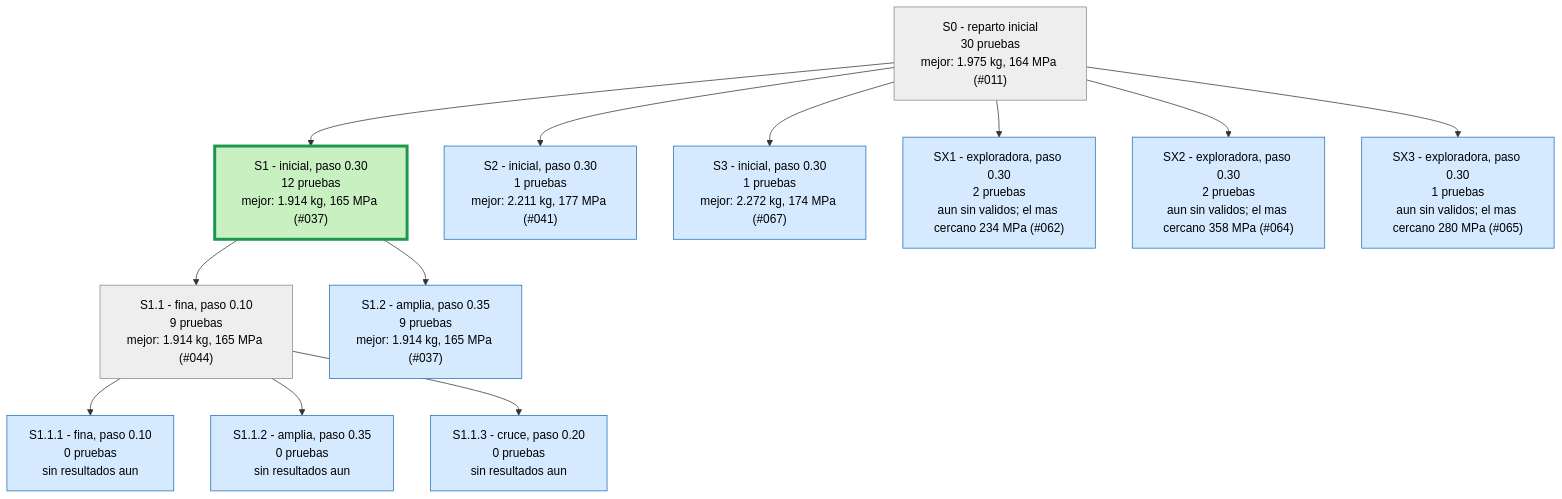
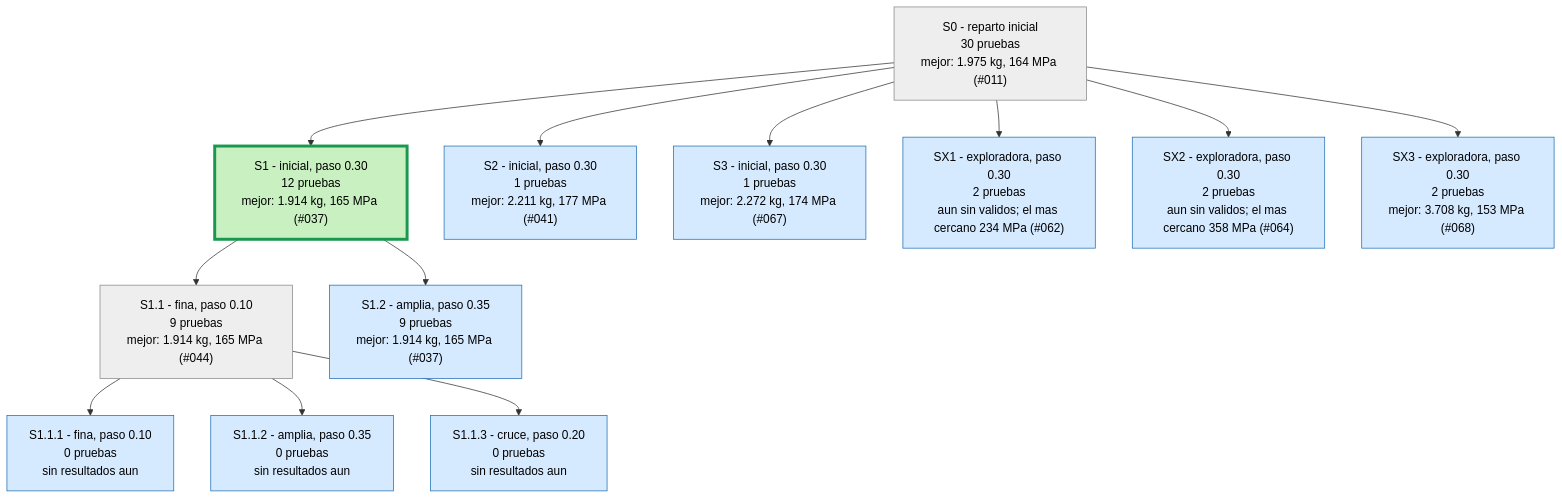
The first of 4 diagrams in runs/opt_37800N/ARBOL.md (Hugiko/msd-soporte-optimizacion), drawn with Mermaid before and after one commit. The commit also changed 22 other files, not shown here.

````diff
--- a/runs/opt_37800N/ARBOL.md
+++ b/runs/opt_37800N/ARBOL.md
@@ -9,29 +9,29 @@
 ```mermaid
 graph TD
 classDef activa fill:#d6eaff,stroke:#1f6fb5,color:#000
 classDef fin fill:#eeeeee,stroke:#888,color:#000
 classDef mejor fill:#c8f0c0,stroke:#1a9850,stroke-width:4px,color:#000
 S0["S0 - reparto inicial<br/>30 pruebas<br/>mejor: 1.975 kg, 164 MPa (#011)"]:::fin
 S1["S1 - inicial, paso 0.30<br/>12 pruebas<br/>mejor: 1.914 kg, 165 MPa (#037)"]:::mejor
 S0 --> S1
 S2["S2 - inicial, paso 0.30<br/>1 pruebas<br/>mejor: 2.211 kg, 177 MPa (#041)"]:::activa
 S0 --> S2
 S3["S3 - inicial, paso 0.30<br/>1 pruebas<br/>mejor: 2.272 kg, 174 MPa (#067)"]:::activa
 S0 --> S3
 S1_1["S1.1 - fina, paso 0.10<br/>9 pruebas<br/>mejor: 1.914 kg, 165 MPa (#044)"]:::fin
 S1 --> S1_1
 S1_2["S1.2 - amplia, paso 0.35<br/>9 pruebas<br/>mejor: 1.914 kg, 165 MPa (#037)"]:::activa
 S1 --> S1_2
 S1_1_1["S1.1.1 - fina, paso 0.10<br/>0 pruebas<br/>sin resultados aun"]:::activa
 S1_1 --> S1_1_1
 S1_1_2["S1.1.2 - amplia, paso 0.35<br/>0 pruebas<br/>sin resultados aun"]:::activa
 S1_1 --> S1_1_2
 S1_1_3["S1.1.3 - cruce, paso 0.20<br/>0 pruebas<br/>sin resultados aun"]:::activa
 S1_1 --> S1_1_3
 SX1["SX1 - exploradora, paso 0.30<br/>2 pruebas<br/>aun sin validos; el mas cercano 234 MPa (#062)"]:::activa
 S0 --> SX1
 SX2["SX2 - exploradora, paso 0.30<br/>2 pruebas<br/>aun sin validos; el mas cercano 358 MPa (#064)"]:::activa
 S0 --> SX2
-SX3["SX3 - exploradora, paso 0.30<br/>1 pruebas<br/>aun sin validos; el mas cercano 280 MPa (#065)"]:::activa
+SX3["SX3 - exploradora, paso 0.30<br/>2 pruebas<br/>mejor: 3.708 kg, 153 MPa (#068)"]:::activa
 S0 --> SX3
 ```
````
